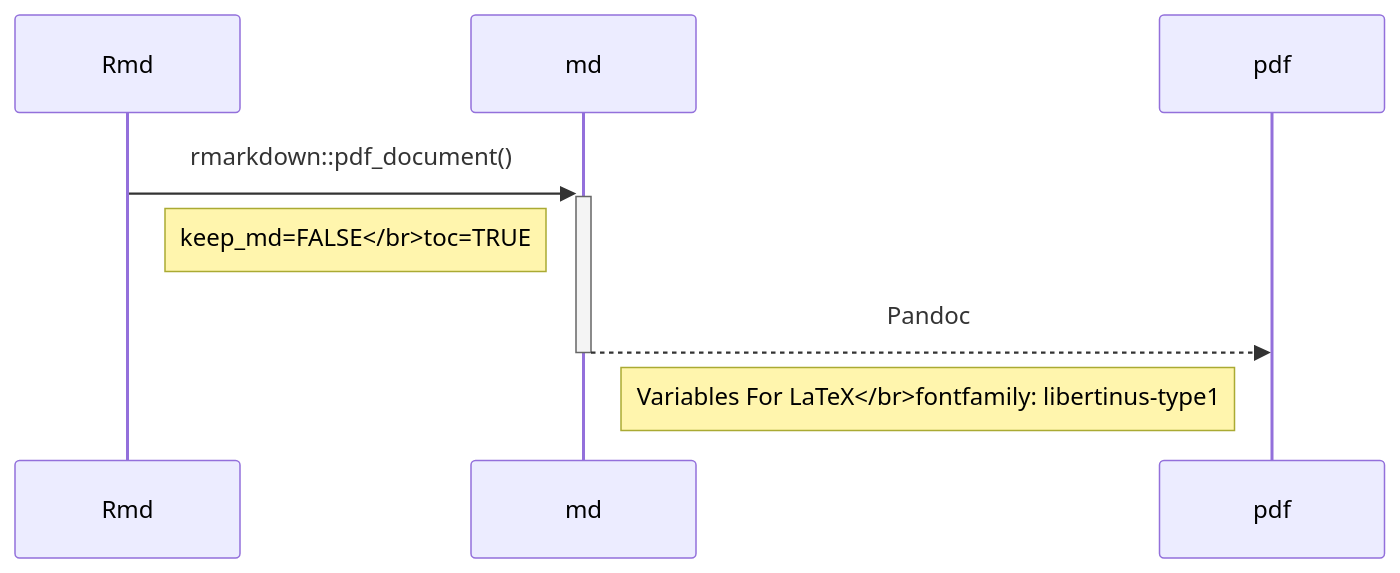
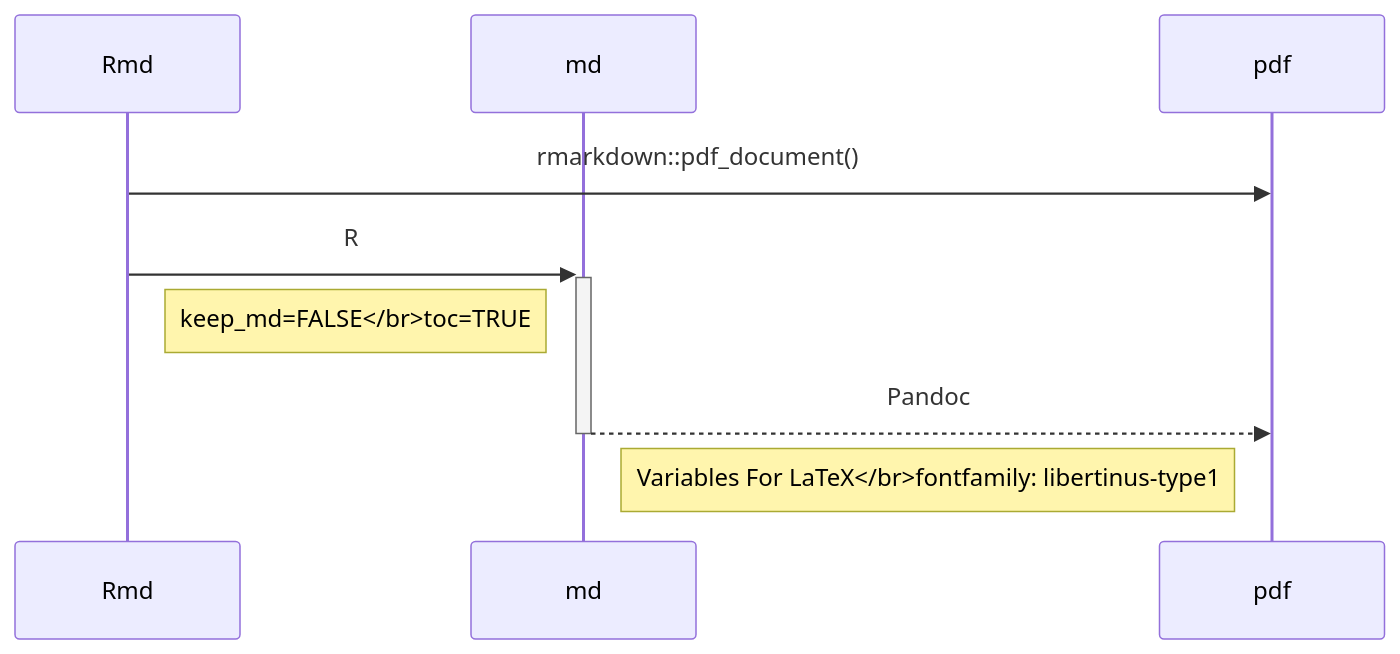
The second of 3 diagrams in content/rmd_to_pdf/rmd2pdf_01.md (FCACollin/guide), drawn with Mermaid before and after one commit. The commit also changed other lines of this file and 35 other files, not shown here.

```diff
--- a/content/rmd_to_pdf/rmd2pdf_01.md
+++ b/content/rmd_to_pdf/rmd2pdf_01.md
@@ -147,10 +163,11 @@
 {{<mermaid align="left">}}
 sequenceDiagram
     participant Rmd
     participant md
     participant pdf
-    Rmd->>+md: rmarkdown::pdf_document()
+    Rmd->>pdf: rmarkdown::pdf_document()
+    Rmd->>+md: R
     Note right of Rmd: keep_md=FALSE</br>toc=TRUE
     md-->>-pdf: Pandoc
     Note right of md: Variables For LaTeX</br>fontfamily: libertinus-type1
 {{< /mermaid >}}
```
